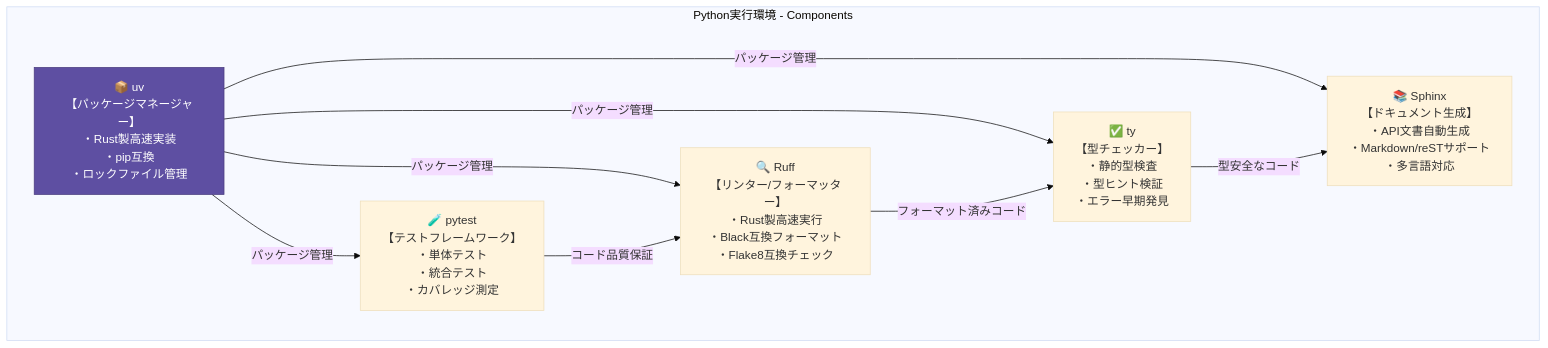
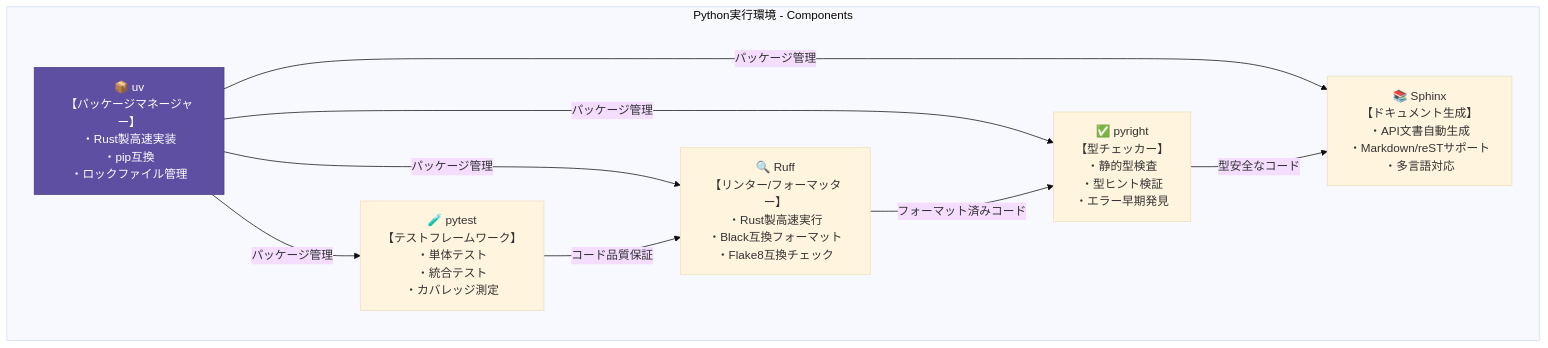
The third of 3 diagrams in c4-architecture.md (taroskee/modern-python), drawn with Mermaid (base theme) before and after one commit. The commit also changed other lines of this file and 7 other files, not shown here.

````diff
--- a/c4-architecture.md
+++ b/c4-architecture.md
@@ -52,20 +52,20 @@
 ```mermaid
 graph TB
     subgraph "Python実行環境 - Components"
         style uv fill:#5e4fa2,stroke:#4a3c7e,color:#ffffff
-        
+
         uv["📦 uv<br/>【パッケージマネージャー】<br/>・Rust製高速実装<br/>・pip互換<br/>・ロックファイル管理"]
         pytest["🧪 pytest<br/>【テストフレームワーク】<br/>・単体テスト<br/>・統合テスト<br/>・カバレッジ測定"]
         Ruff["🔍 Ruff<br/>【リンター/フォーマッター】<br/>・Rust製高速実行<br/>・Black互換フォーマット<br/>・Flake8互換チェック"]
-        ty["✅ ty<br/>【型チェッカー】<br/>・静的型検査<br/>・型ヒント検証<br/>・エラー早期発見"]
+        pyright["✅ pyright<br/>【型チェッカー】<br/>・静的型検査<br/>・型ヒント検証<br/>・エラー早期発見"]
         Sphinx["📚 Sphinx<br/>【ドキュメント生成】<br/>・API文書自動生成<br/>・Markdown/reSTサポート<br/>・多言語対応"]
-        
+
         uv -->|"パッケージ管理"| pytest
         uv -->|"パッケージ管理"| Ruff
-        uv -->|"パッケージ管理"| ty
+        uv -->|"パッケージ管理"| pyright
         uv -->|"パッケージ管理"| Sphinx
         pytest -->|"コード品質保証"| Ruff
-        Ruff -->|"フォーマット済みコード"| ty
-        ty -->|"型安全なコード"| Sphinx
+        Ruff -->|"フォーマット済みコード"| pyright
+        pyright -->|"型安全なコード"| Sphinx
     end
 ```
````
